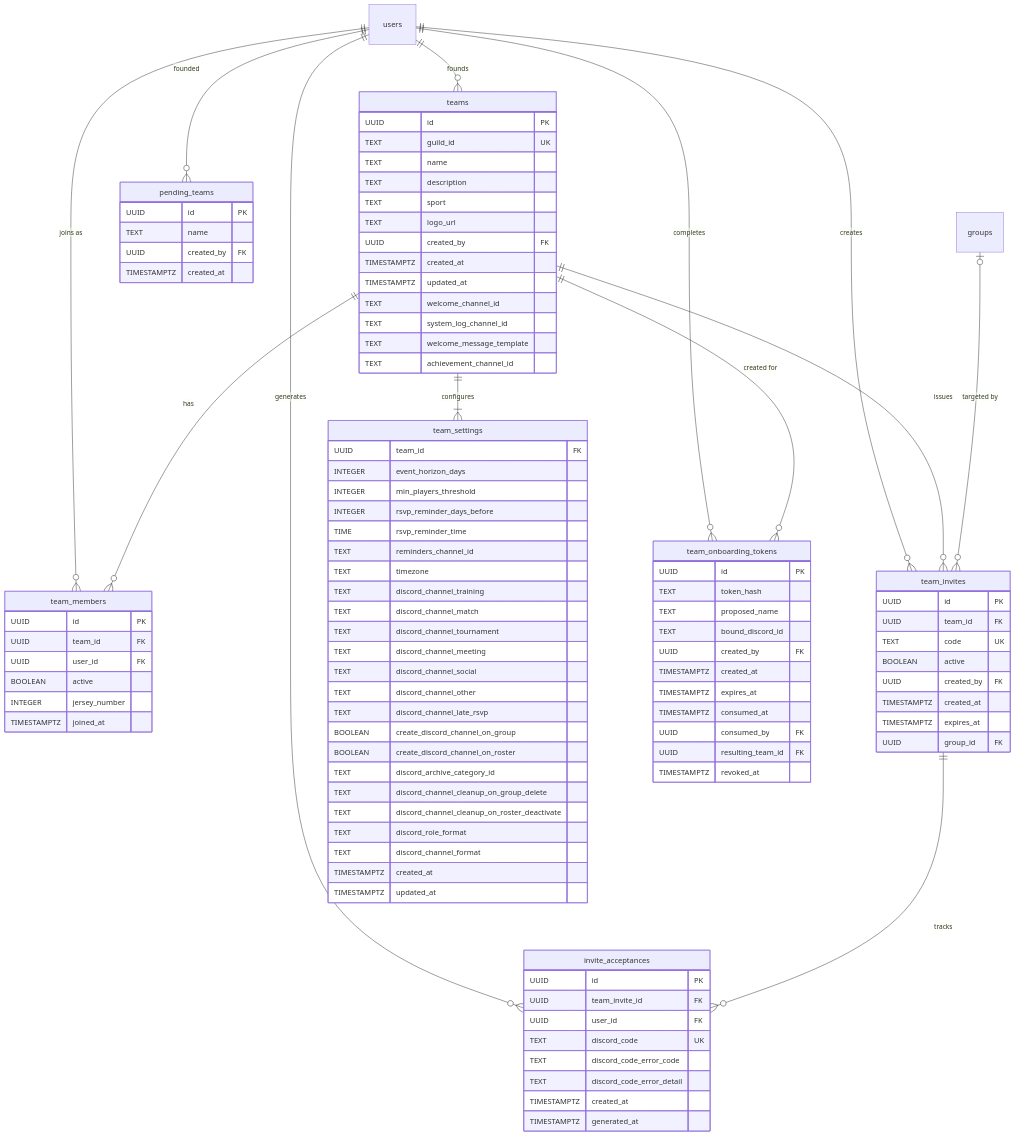
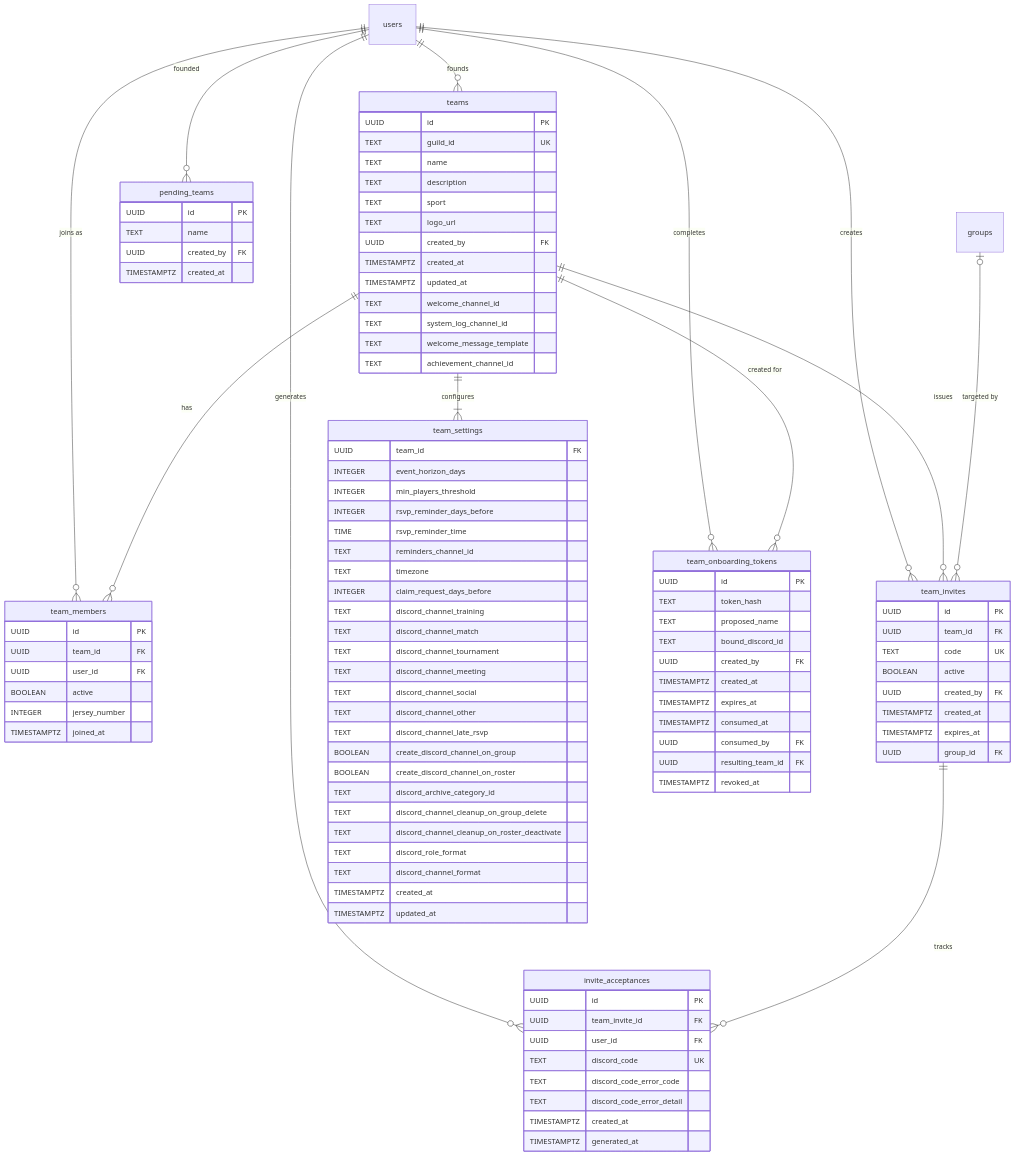
Before and after one commit to maxa-ondrej/sideline: the third of 18 diagrams in docs/thesis/er-diagram.md, drawn with Mermaid. The commit also changed other lines of this file and 40 other files, not shown here.

```diff
--- a/docs/thesis/er-diagram.md
+++ b/docs/thesis/er-diagram.md
@@ -253,6 +253,7 @@
         TIME rsvp_reminder_time
         TEXT reminders_channel_id
         TEXT timezone
+        INTEGER claim_request_days_before
         TEXT discord_channel_training
         TEXT discord_channel_match
         TEXT discord_channel_tournament
```
